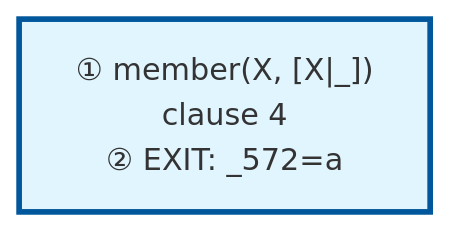
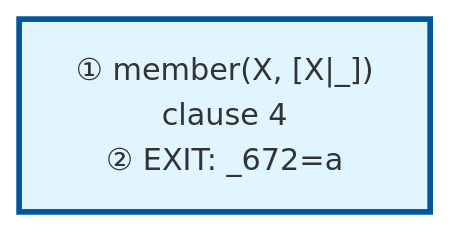
One commit to jarecsni/prolog-trace-viz changed the diagram in examples/member-output.md. Above: the diagram before and after it, drawn with Mermaid. The commit also changed other lines of this file and 8 other files, not shown here.

Commit message:
✨ add variable flow tracking to show how variables bind across execution steps

````diff
--- a/examples/member-output.md
+++ b/examples/member-output.md
@@ -39,11 +40,11 @@
 ```mermaid
 graph TD
 
 %% Nodes
-A["① member(X, [X|_])<br/>clause 4<br/>② EXIT: _572=a"]
+A["① member(X, [X|_])<br/>clause 4<br/>② EXIT: _672=a"]
 
 %% Edges
 
 %% Styles
 style A fill:#e1f5ff,stroke:#01579b,stroke-width:3px
 ```
````
